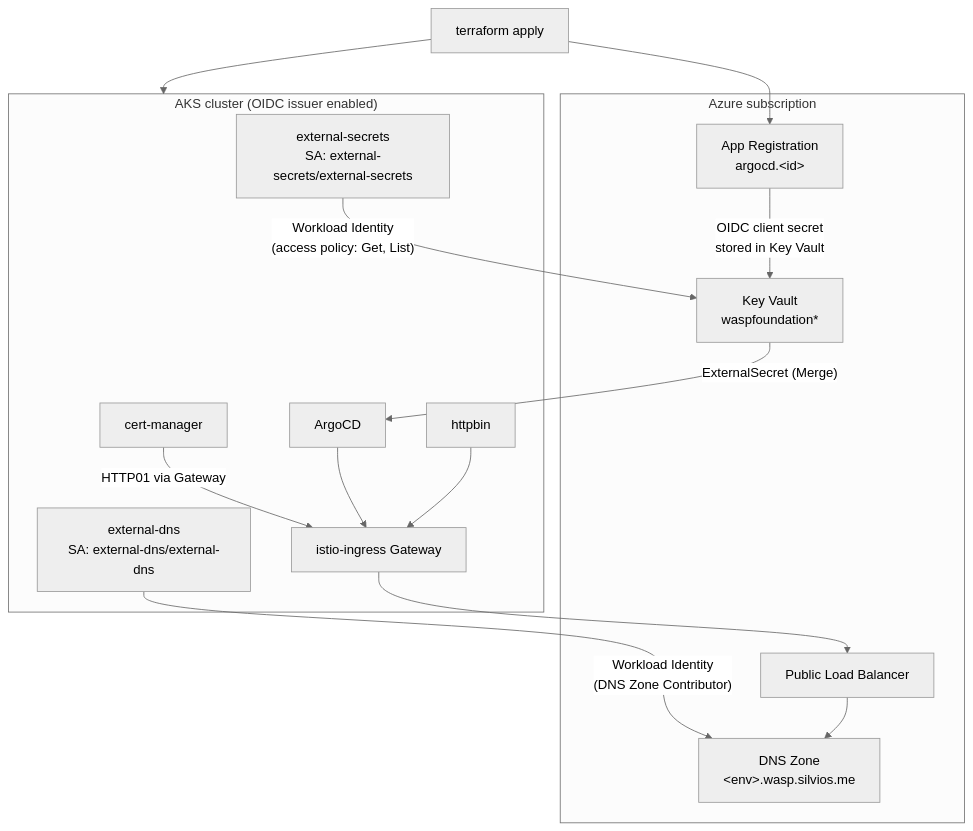
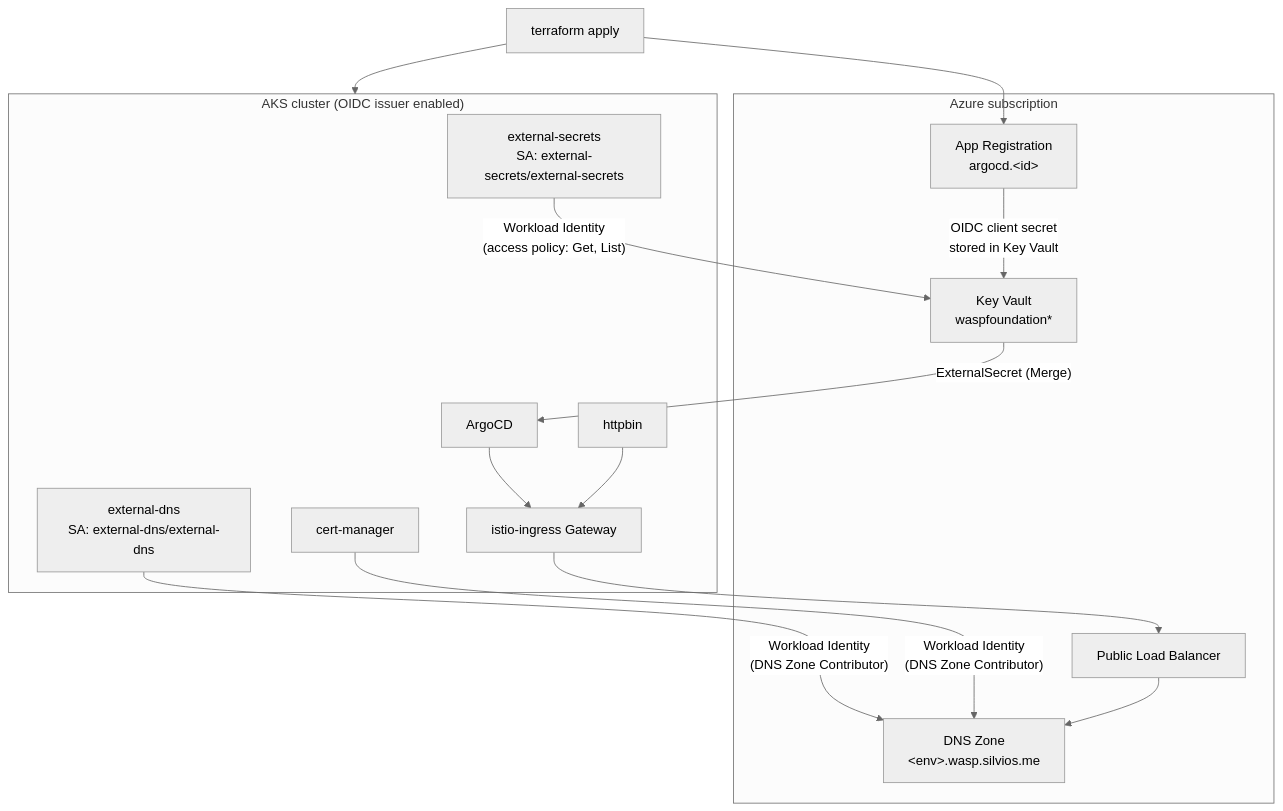
Before and after one commit to smsilva/azure-kubernetes: the diagram in examples/cluster_argocd_ingress_istio/README.md, drawn with Mermaid (neutral theme). The commit also changed other lines of this file and 1 other file, not shown here.

First line of the commit message:
docs(istio): document DNS01, kube_config RBAC, tags gotcha and outputs

````diff
--- a/examples/cluster_argocd_ingress_istio/README.md
+++ b/examples/cluster_argocd_ingress_istio/README.md
@@ -32,30 +32,30 @@
 ```mermaid
 flowchart TB
   subgraph azure["Azure subscription"]
     kv["Key Vault<br/>waspfoundation*"]
     dns["DNS Zone<br/>&lt;env&gt;.wasp.silvios.me"]
     app["App Registration<br/>argocd.&lt;id&gt;"]
     lb["Public Load Balancer"]
   end
 
   subgraph aks["AKS cluster (OIDC issuer enabled)"]
     cm["cert-manager"]
     eso["external-secrets<br/>SA: external-secrets/external-secrets"]
     edns["external-dns<br/>SA: external-dns/external-dns"]
     istio["istio-ingress Gateway"]
     argocd["ArgoCD"]
     httpbin["httpbin"]
   end
 
   tf["terraform apply"] --> aks
   tf --> app
   eso -- "Workload Identity<br/>(access policy: Get, List)" --> kv
   edns -- "Workload Identity<br/>(DNS Zone Contributor)" --> dns
+  cm -- "Workload Identity<br/>(DNS Zone Contributor)" --> dns
   istio --> lb
   lb --> dns
-  cm -- "HTTP01 via Gateway" --> istio
   argocd --> istio
   httpbin --> istio
   app -- "OIDC client secret<br/>stored in Key Vault" --> kv
   kv -- "ExternalSecret (Merge)" --> argocd
 ```
````
